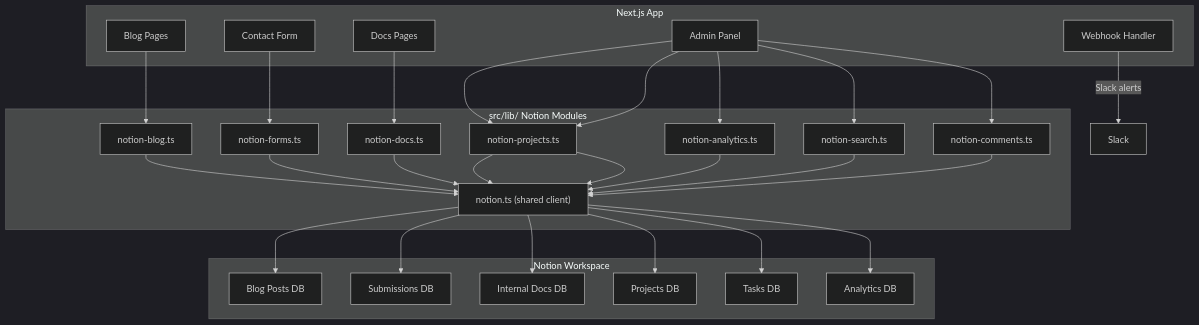
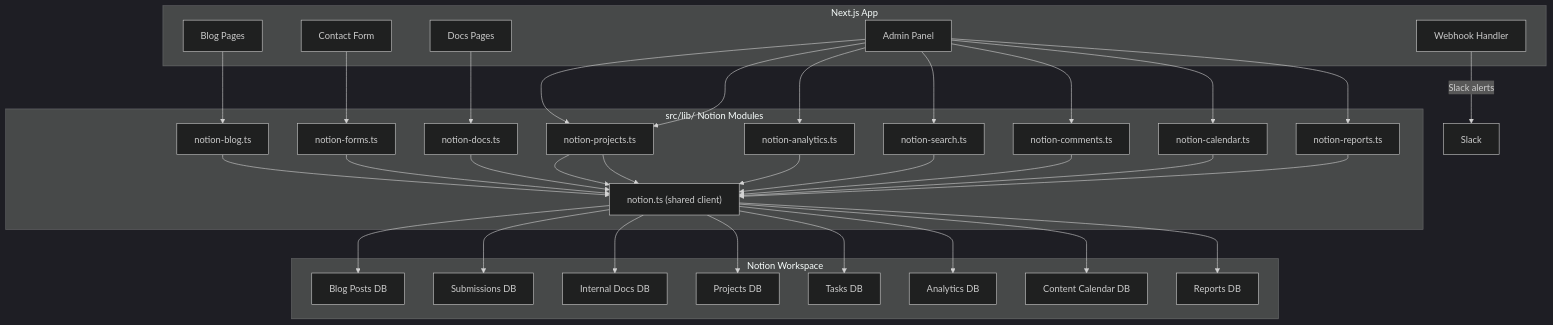
The diagram in docs/NOTION-CMS.md (Themis128/cloudless.gr), drawn with Mermaid (dark theme) before and after one commit. The commit also changed other lines of this file and 119 other files, not shown here.

````diff
--- a/docs/NOTION-CMS.md
+++ b/docs/NOTION-CMS.md
@@ -11,40 +11,46 @@
 ```mermaid
 graph TB
     subgraph App["Next.js App"]
         Blog["Blog Pages"]
         Contact["Contact Form"]
         Admin["Admin Panel"]
         Docs["Docs Pages"]
         Webhooks["Webhook Handler"]
     end
 
     subgraph Lib["src/lib/ Notion Modules"]
         NotionClient["notion.ts (shared client)"]
         NotionBlog["notion-blog.ts"]
         NotionForms["notion-forms.ts"]
         NotionDocs["notion-docs.ts"]
         NotionProjects["notion-projects.ts"]
         NotionAnalytics["notion-analytics.ts"]
         NotionSearch["notion-search.ts"]
         NotionComments["notion-comments.ts"]
+        NotionCalendar["notion-calendar.ts"]
+        NotionReports["notion-reports.ts"]
     end
 
     subgraph Notion["Notion Workspace"]
         DB1["Blog Posts DB"]
         DB2["Submissions DB"]
         DB3["Internal Docs DB"]
         DB4["Projects DB"]
         DB5["Tasks DB"]
         DB6["Analytics DB"]
+        DB7["Content Calendar DB"]
+        DB8["Reports DB"]
     end
 
     Blog --> NotionBlog --> NotionClient --> DB1
     Contact --> NotionForms --> NotionClient --> DB2
     Docs --> NotionDocs --> NotionClient --> DB3
     Admin --> NotionProjects --> NotionClient --> DB4
     Admin --> NotionProjects --> NotionClient --> DB5
     Admin --> NotionAnalytics --> NotionClient --> DB6
     Admin --> NotionSearch --> NotionClient
     Admin --> NotionComments --> NotionClient
+    Admin --> NotionCalendar --> NotionClient --> DB7
+    Admin --> NotionReports --> NotionClient --> DB8
     Webhooks --> |Slack alerts| Slack["Slack"]
 ```
````
